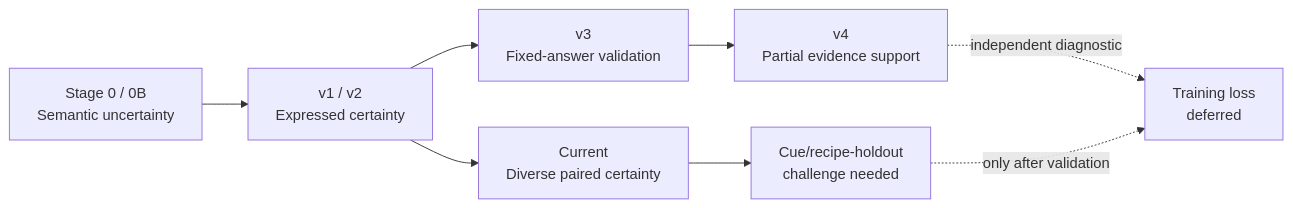
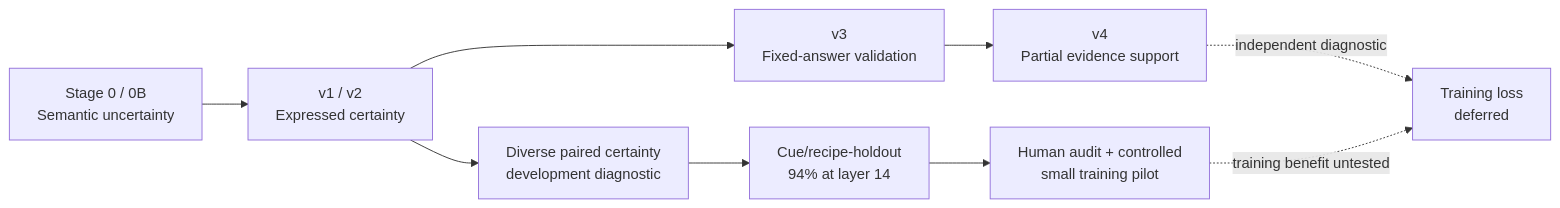
Before and after one commit to WenyiJin2003/mechanistic-confidence-sdt: the diagram in README.md, drawn with Mermaid. The commit also changed other lines of this file and 13 other files, not shown here.

Commit message:
Report frozen cue-holdout transfer result

````diff
--- a/README.md
+++ b/README.md
@@ -77,10 +80,11 @@
 ```mermaid
 flowchart LR
     U["Stage 0 / 0B<br/>Semantic uncertainty"] --> C["v1 / v2<br/>Expressed certainty"]
     C --> S["v3<br/>Fixed-answer validation"]
     S --> E["v4<br/>Partial evidence support"]
-    C --> D["Current<br/>Diverse paired certainty"]
-    D --> H["Cue/recipe-holdout<br/>challenge needed"]
+    C --> D["Diverse paired certainty<br/>development diagnostic"]
+    D --> H["Cue/recipe-holdout<br/>94% at layer 14"]
     E -. "independent diagnostic" .-> T["Training loss<br/>deferred"]
-    H -. "only after validation" .-> T
+    H --> P["Human audit + controlled<br/>small training pilot"]
+    P -. "training benefit untested" .-> T
 ```
````
